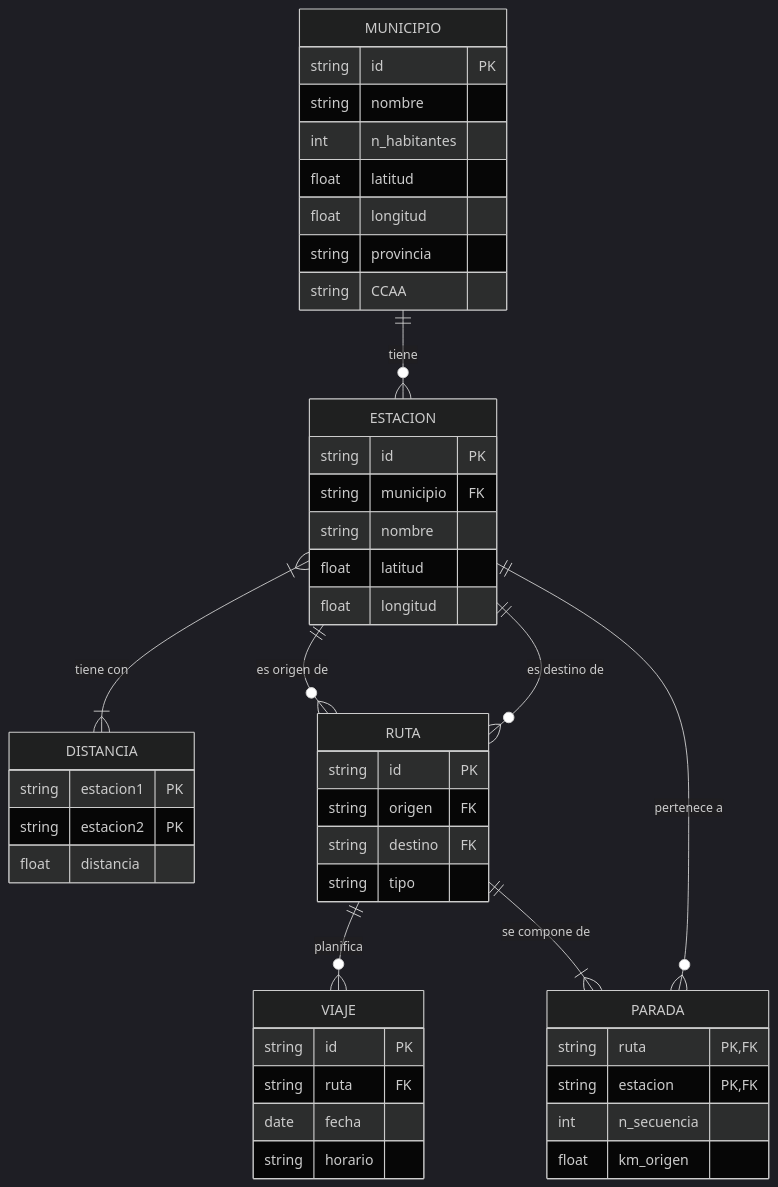
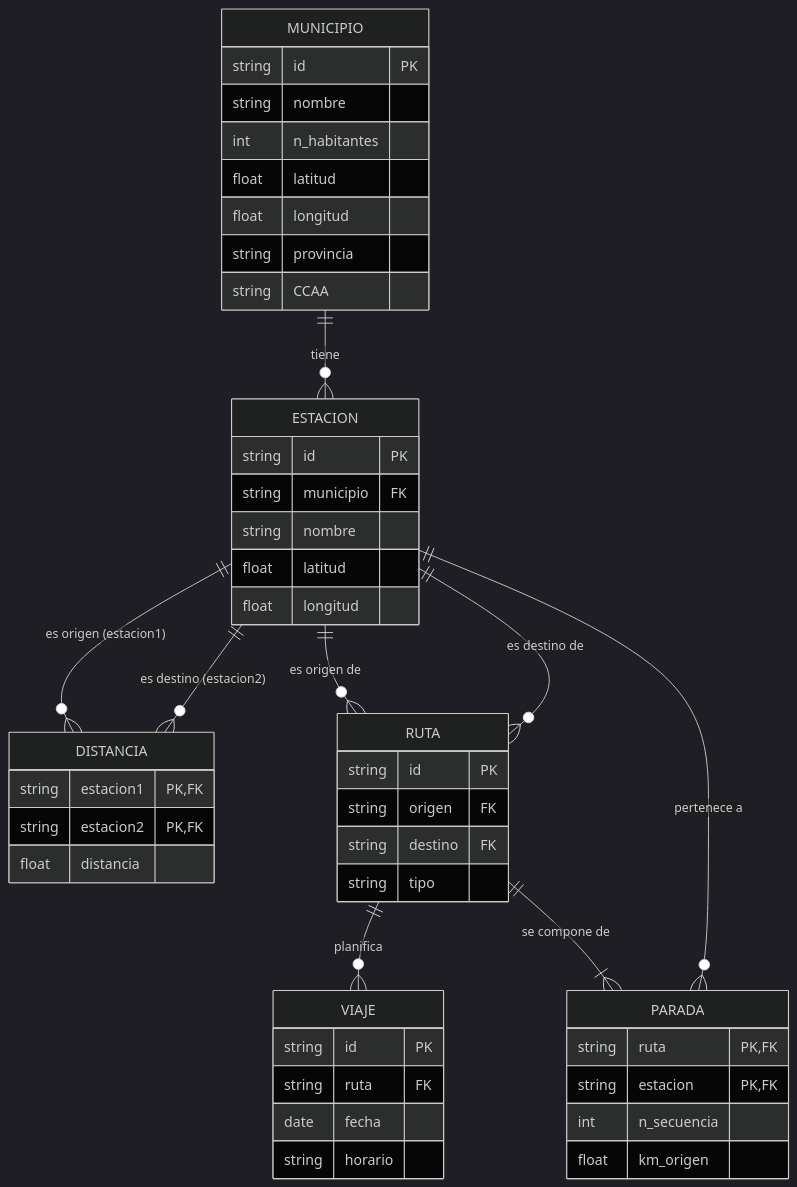
The diagram in EsquemaMediador.md (xXaceitunaXx/Tren-ES), drawn with Mermaid (dark theme) before and after one commit.

Commit message:
Cambios esquema mediador

````diff
--- a/EsquemaMediador.md
+++ b/EsquemaMediador.md
@@ -23,56 +23,57 @@
 ```mermaid
 erDiagram
     MUNICIPIO {
         string id PK
         string nombre
         int n_habitantes
         float latitud
         float longitud
         string provincia
         string CCAA
     }
 
     DISTANCIA {
-	string estacion1 PK
-	string estacion2 PK
+	string estacion1 PK,FK
+	string estacion2 PK,FK
 	float distancia
     }
 
     ESTACION {
         string id PK
         string municipio FK
         string nombre
         float latitud
         float longitud
     }
 
     RUTA {
         string id PK
         string origen FK
         string destino FK
         string tipo
     }
 
     VIAJE {
         string id PK
         string ruta FK
         date fecha
         string horario
     }
 
     PARADA {
         string ruta PK,FK
         string estacion PK,FK
         int n_secuencia
         float km_origen
     }
 
     %% Relaciones
     MUNICIPIO ||--o{ ESTACION : "tiene"
     ESTACION ||--o{ RUTA : "es origen de"
     ESTACION ||--o{ RUTA : "es destino de"
     RUTA ||--o{ VIAJE : "planifica"
     RUTA ||--|{ PARADA : "se compone de"
     ESTACION ||--o{ PARADA : "pertenece a"
-    ESTACION }|--|{ DISTANCIA : "tiene con"
+    ESTACION ||--o{ DISTANCIA : "es origen (estacion1)"
+    ESTACION ||--o{ DISTANCIA : "es destino (estacion2)"
 ```
````
